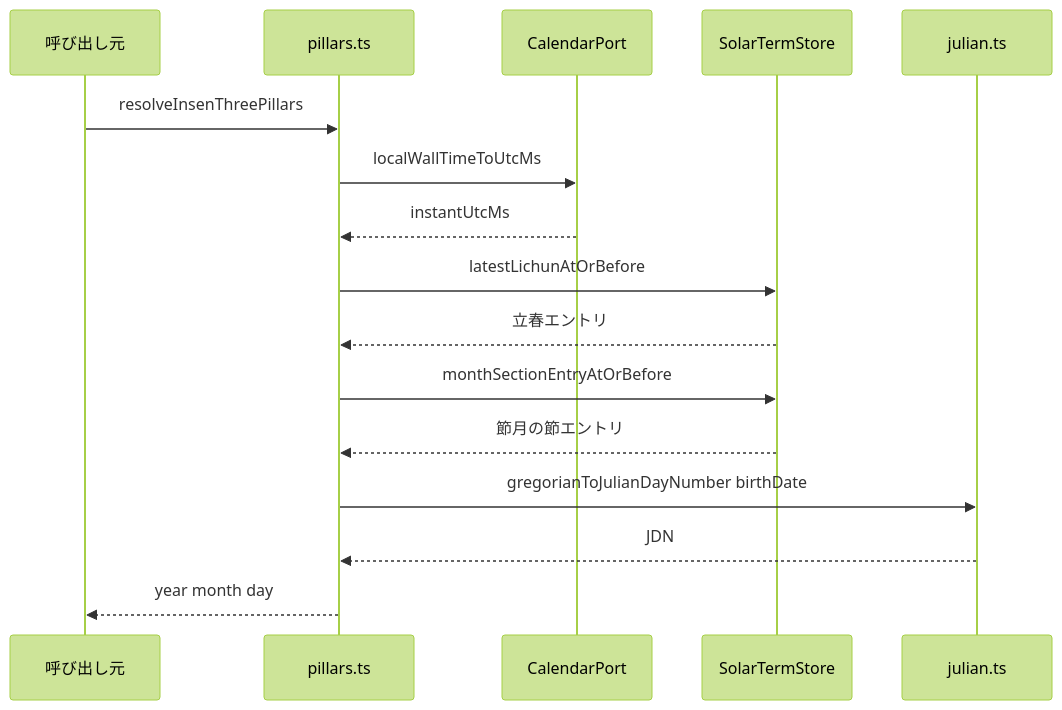
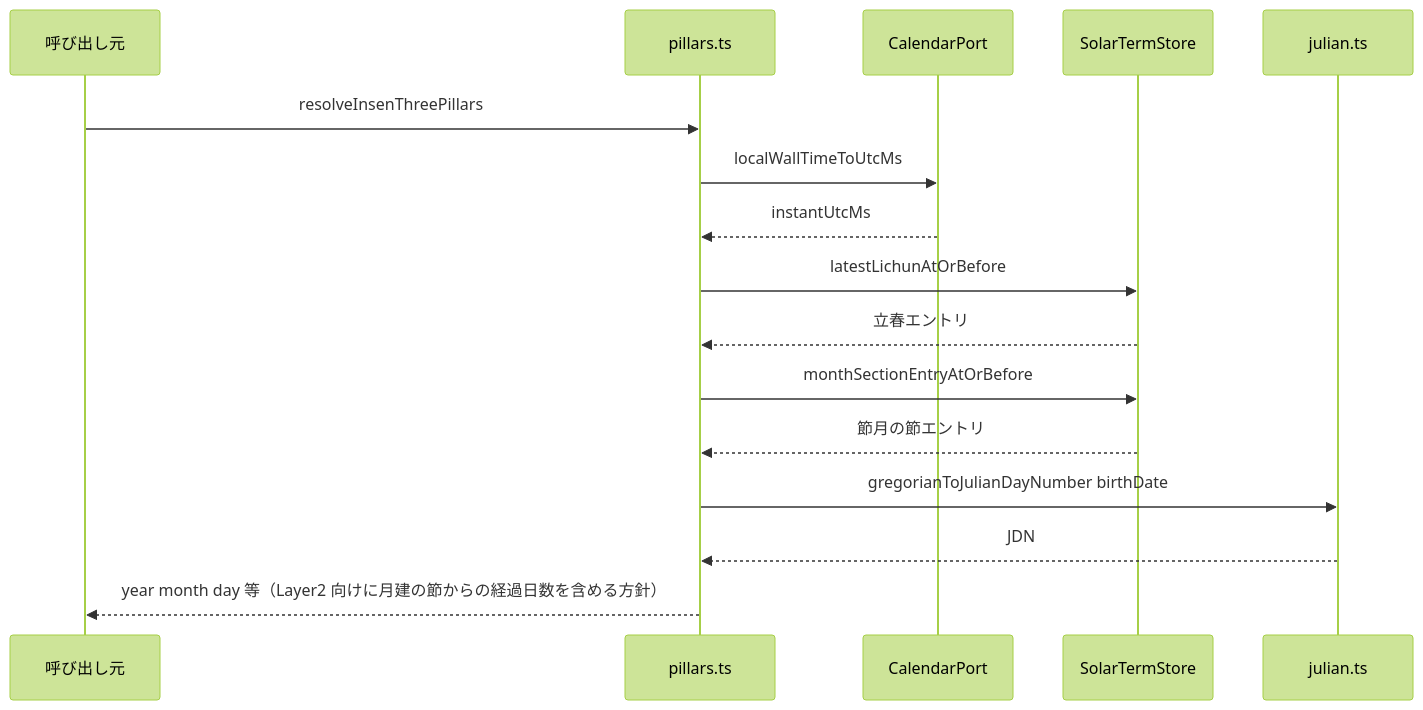
The fourth of 6 diagrams in Docs/IMPLEMENTATION.md (DukeGomadango/sanmei-core), drawn with Mermaid (forest theme) before and after one commit. The commit also changed other lines of this file and 6 other files, not shown here.

````diff
--- a/Docs/IMPLEMENTATION.md
+++ b/Docs/IMPLEMENTATION.md
@@ -104,18 +107,18 @@
 ```mermaid
 sequenceDiagram
   participant Caller as 呼び出し元
   participant Pillars as pillars.ts
   participant Port as CalendarPort
   participant Store as SolarTermStore
   participant Jul as julian.ts
   Caller->>Pillars: resolveInsenThreePillars
   Pillars->>Port: localWallTimeToUtcMs
   Port-->>Pillars: instantUtcMs
   Pillars->>Store: latestLichunAtOrBefore
   Store-->>Pillars: 立春エントリ
   Pillars->>Store: monthSectionEntryAtOrBefore
   Store-->>Pillars: 節月の節エントリ
   Pillars->>Jul: gregorianToJulianDayNumber birthDate
   Jul-->>Pillars: JDN
-  Pillars-->>Caller: year month day
+  Pillars-->>Caller: year month day 等（Layer2 向けに月建の節からの経過日数を含める方針）
 ```
````
